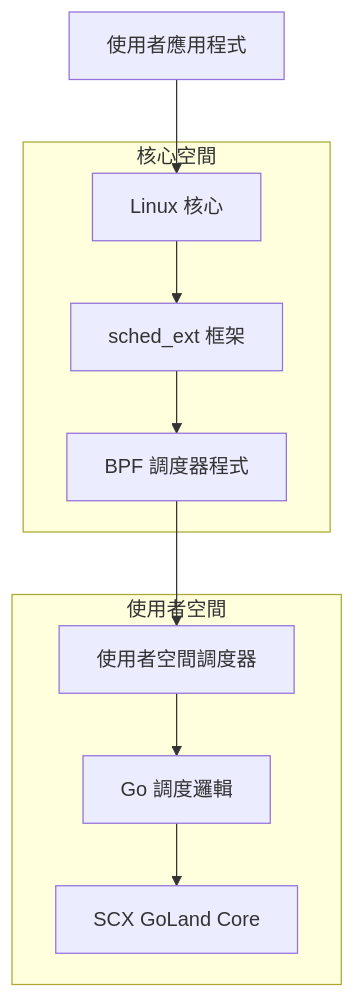
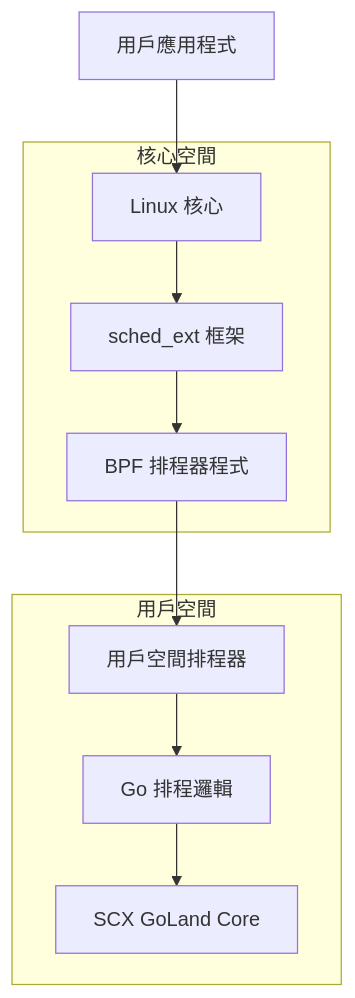
One commit to Gthulhu/docs changed the first of 6 diagrams in docs/how-it-works.md. Above: the diagram before and after it, drawn with Mermaid. The commit also changed other lines of this file and 1 other file, not shown here.

````diff
--- a/docs/how-it-works.md
+++ b/docs/how-it-works.md
@@ -11,21 +11,21 @@
 ```mermaid
 graph TB
-    A[使用者應用程式] --> B[Linux 核心]
+    A[用戶應用程式] --> B[Linux 核心]
     B --> C[sched_ext 框架]
-    C --> D[BPF 調度器程式]
-    D --> E[使用者空間調度器]
-    E --> F[Go 調度邏輯]
+    C --> D[BPF 排程器程式]
+    D --> E[用戶空間排程器]
+    E --> F[Go 排程邏輯]
     F --> G[SCX GoLand Core]
     
     subgraph "核心空間"
         B
         C
         D
     end
     
-    subgraph "使用者空間"
+    subgraph "用戶空間"
         E
         F
         G
     end
 ```
````
